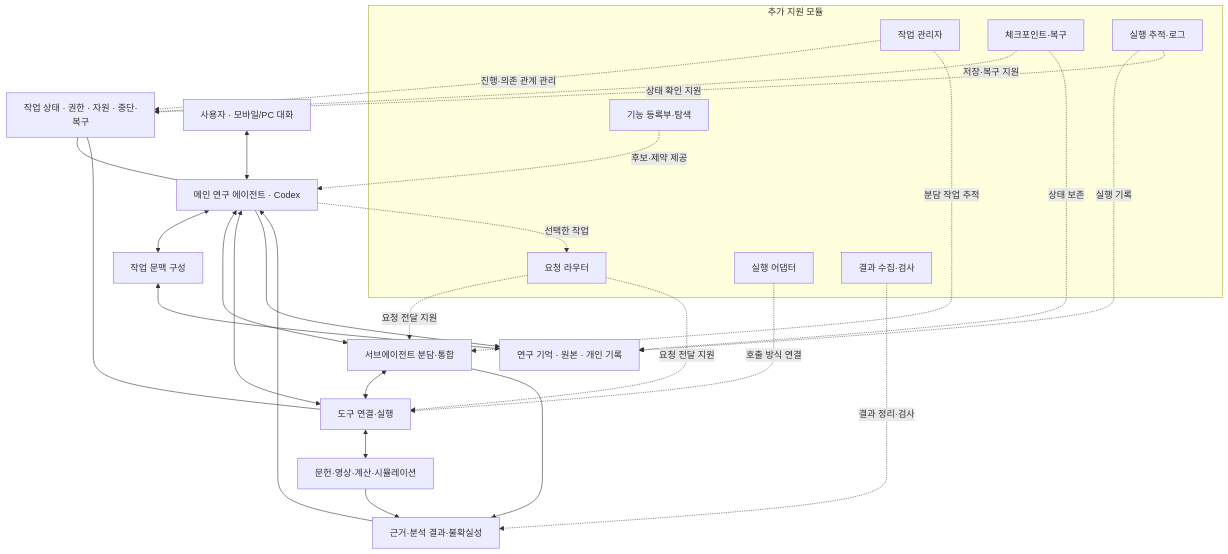
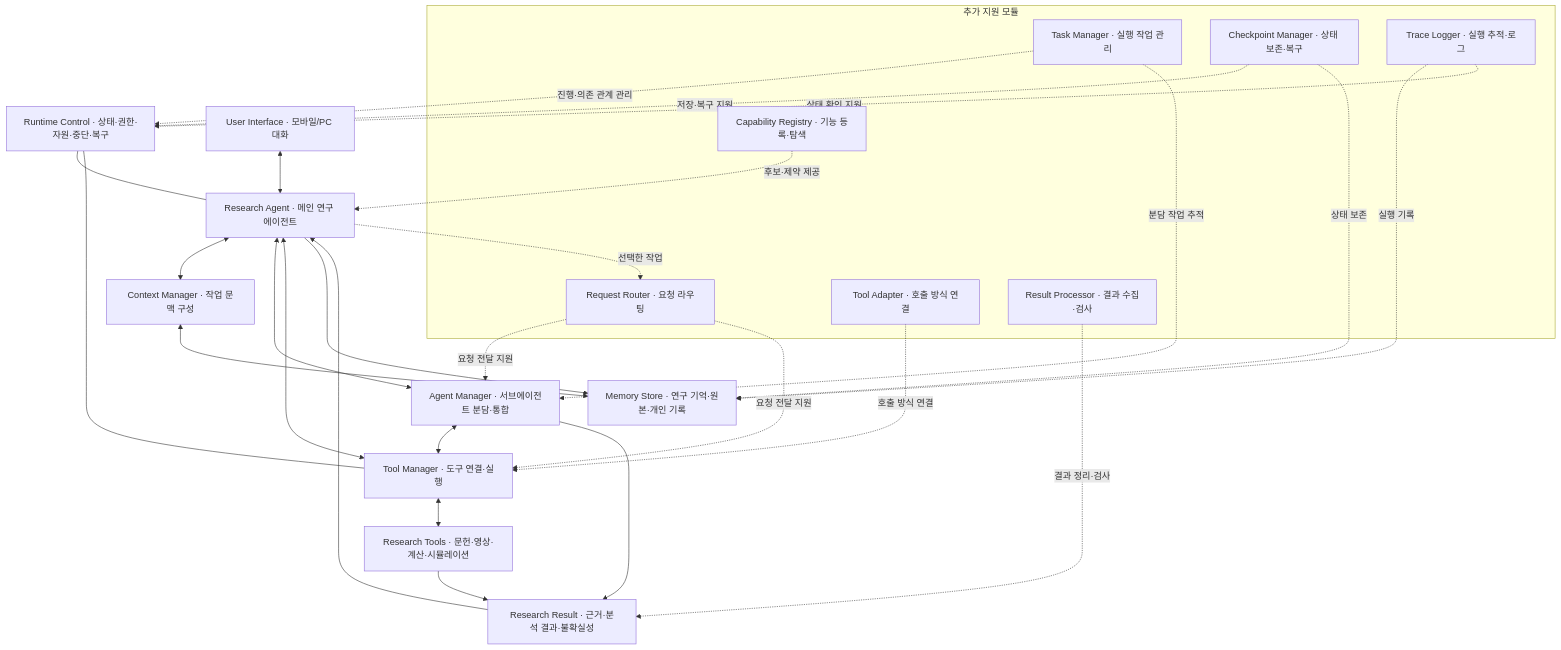
Before and after one commit to Rmayana/frontier-research-harness: the diagram in docs/ARCHITECTURE.md, drawn with Mermaid. The commit also changed other lines of this file and 1 other file, not shown here.

Commit message:
docs: clarify architecture scope component names and remaining decisions

````diff
--- a/docs/ARCHITECTURE.md
+++ b/docs/ARCHITECTURE.md
@@ -24,39 +24,39 @@
 ```mermaid
 flowchart TD
-    U["사용자 · 모바일/PC 대화"] <--> M["메인 연구 에이전트 · Codex"]
-    M <--> C["작업 문맥 구성"]
-    C <--> S["연구 기억 · 원본 · 개인 기록"]
-    M <--> A["서브에이전트 분담·통합"]
-    M <--> T["도구 연결·실행"]
+    U["User Interface · 모바일/PC 대화"] <--> M["Research Agent · 메인 연구 에이전트"]
+    M <--> C["Context Manager · 작업 문맥 구성"]
+    C <--> S["Memory Store · 연구 기억·원본·개인 기록"]
+    M <--> A["Agent Manager · 서브에이전트 분담·통합"]
+    M <--> T["Tool Manager · 도구 연결·실행"]
     A <--> T
-    T <--> E["문헌·영상·계산·시뮬레이션"]
-    A --> R["근거·분석 결과·불확실성"]
+    T <--> E["Research Tools · 문헌·영상·계산·시뮬레이션"]
+    A --> R["Research Result · 근거·분석 결과·불확실성"]
     E --> R
     R --> M
     M --> S
-    O["작업 상태 · 권한 · 자원 · 중단·복구"] --- M
+    O["Runtime Control · 상태·권한·자원·중단·복구"] --- M
     O --- T
 
     subgraph SUPPORT["추가 지원 모듈"]
-        D["기능 등록부·탐색"]
-        RT["요청 라우터"]
-        J["작업 관리자"]
-        AD["실행 어댑터"]
-        V["결과 수집·검사"]
-        CP["체크포인트·복구"]
-        L["실행 추적·로그"]
+        D["Capability Registry · 기능 등록·탐색"]
+        RT["Request Router · 요청 라우팅"]
+        J["Task Manager · 실행 작업 관리"]
+        AD["Tool Adapter · 호출 방식 연결"]
+        V["Result Processor · 결과 수집·검사"]
+        CP["Checkpoint Manager · 상태 보존·복구"]
+        L["Trace Logger · 실행 추적·로그"]
     end
 
     D -. 후보·제약 제공 .-> M
     RT -. 요청 전달 지원 .-> A
     RT -. 요청 전달 지원 .-> T
     M -. 선택한 작업 .-> RT
     J -. 진행·의존 관계 관리 .-> O
     J -. 분담 작업 추적 .-> A
     AD -. 호출 방식 연결 .-> T
     V -. 결과 정리·검사 .-> R
     CP -. 저장·복구 지원 .-> O
     CP -. 상태 보존 .-> S
     L -. 실행 기록 .-> S
     L -. 상태 확인 지원 .-> O
 ```
````
